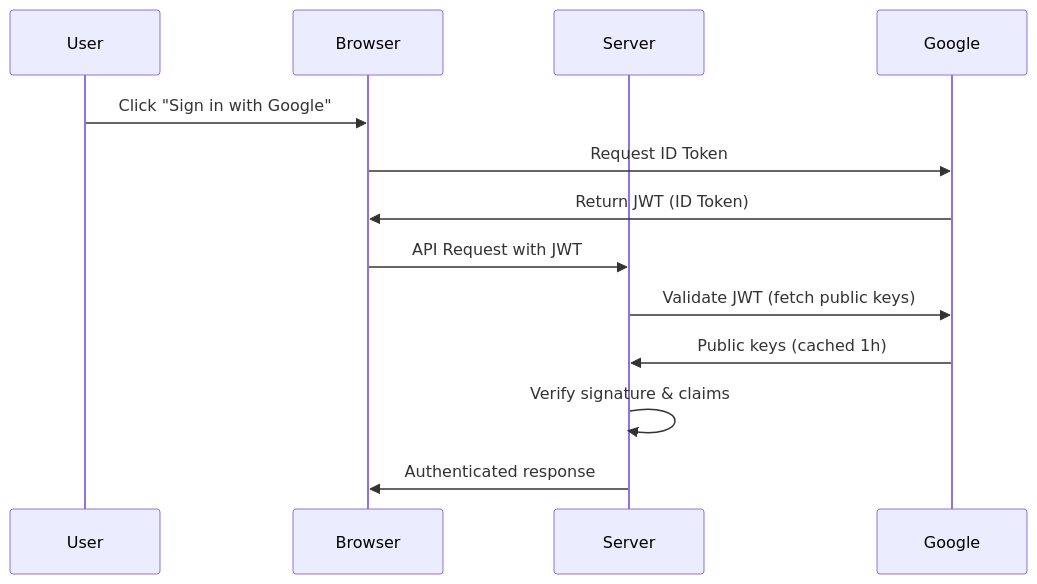
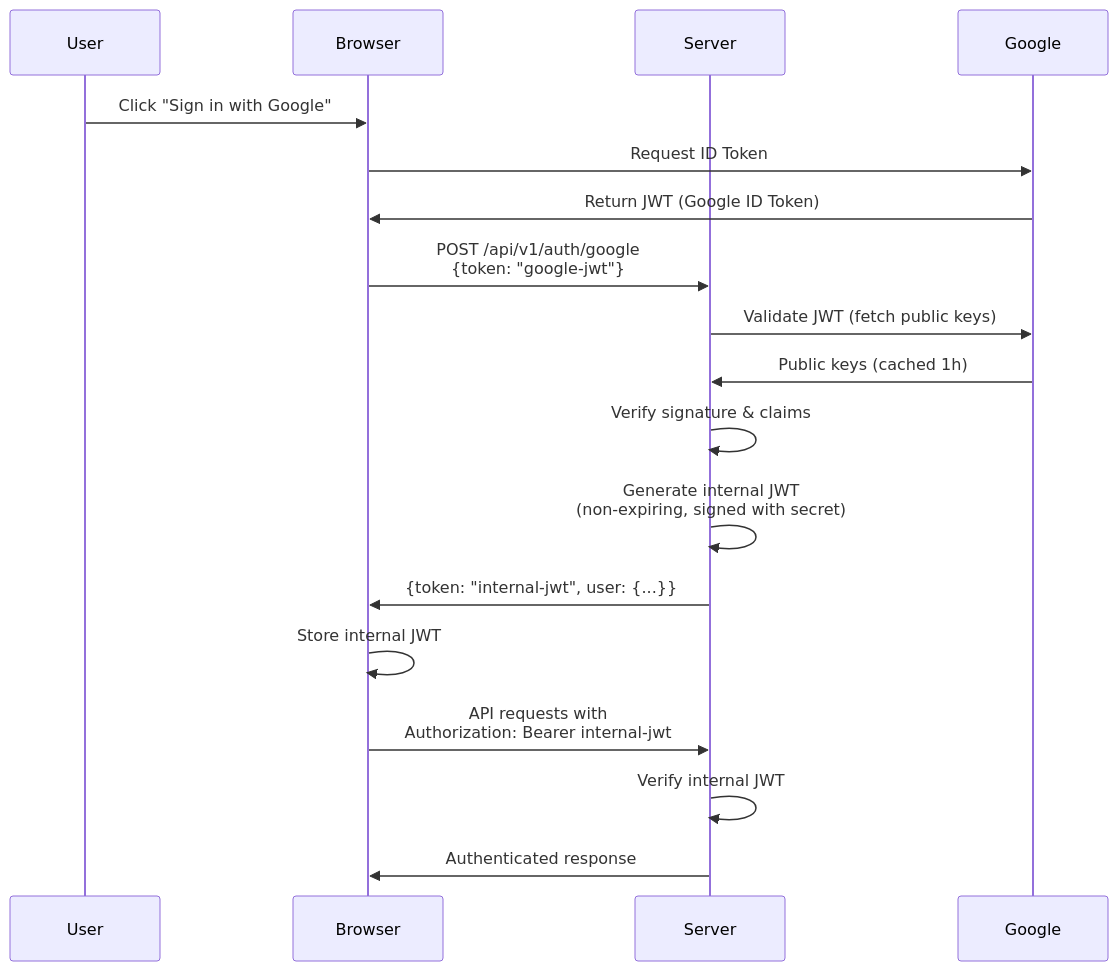
The second of 2 diagrams in README.md (DoctorinaAI/links), drawn with Mermaid before and after one commit. The commit also changed other lines of this file and 13 other files, not shown here.

````diff
--- a/README.md
+++ b/README.md
@@ -180,16 +196,21 @@
 ```mermaid
 sequenceDiagram
     participant User
     participant Browser
     participant Server
     participant Google
 
     User->>Browser: Click "Sign in with Google"
     Browser->>Google: Request ID Token
-    Google->>Browser: Return JWT (ID Token)
-    Browser->>Server: API Request with JWT
+    Google->>Browser: Return JWT (Google ID Token)
+    Browser->>Server: POST /api/v1/auth/google<br/>{token: "google-jwt"}
     Server->>Google: Validate JWT (fetch public keys)
     Google->>Server: Public keys (cached 1h)
     Server->>Server: Verify signature & claims
+    Server->>Server: Generate internal JWT<br/>(non-expiring, signed with secret)
+    Server->>Browser: {token: "internal-jwt", user: {...}}
+    Browser->>Browser: Store internal JWT
+    Browser->>Server: API requests with<br/>Authorization: Bearer internal-jwt
+    Server->>Server: Verify internal JWT
     Server->>Browser: Authenticated response
 ```
````
